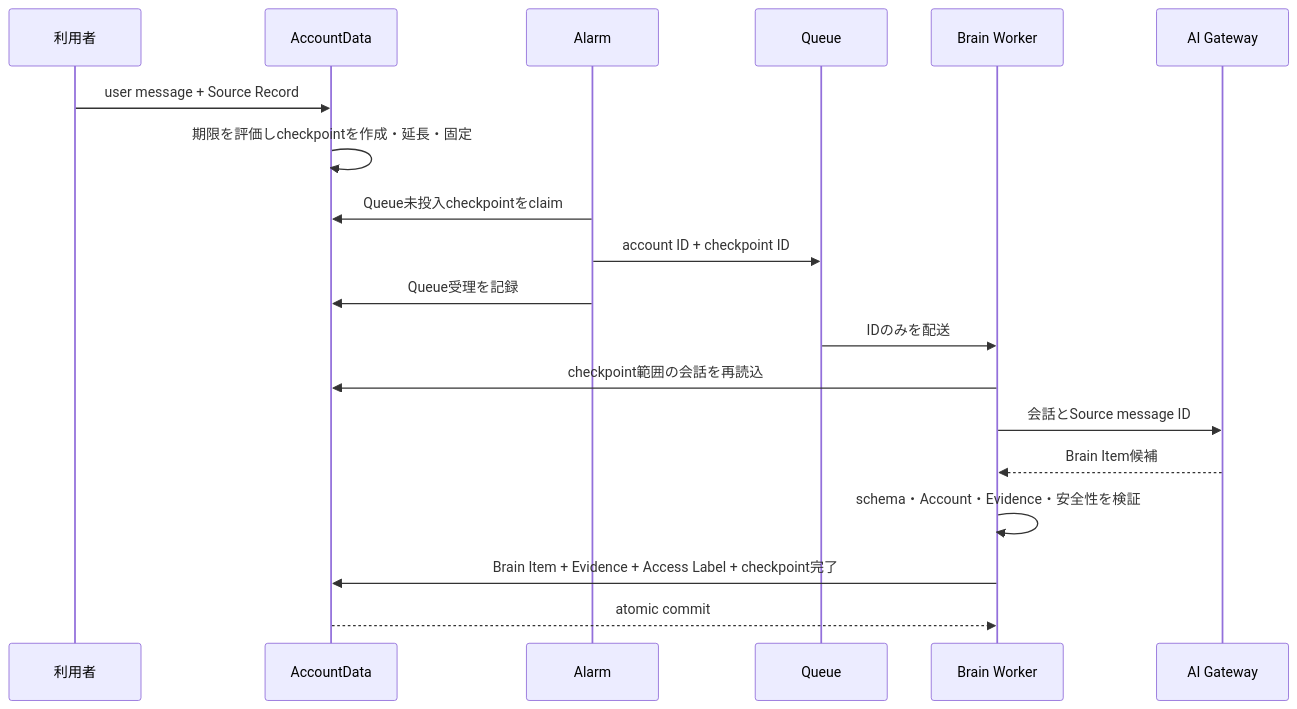
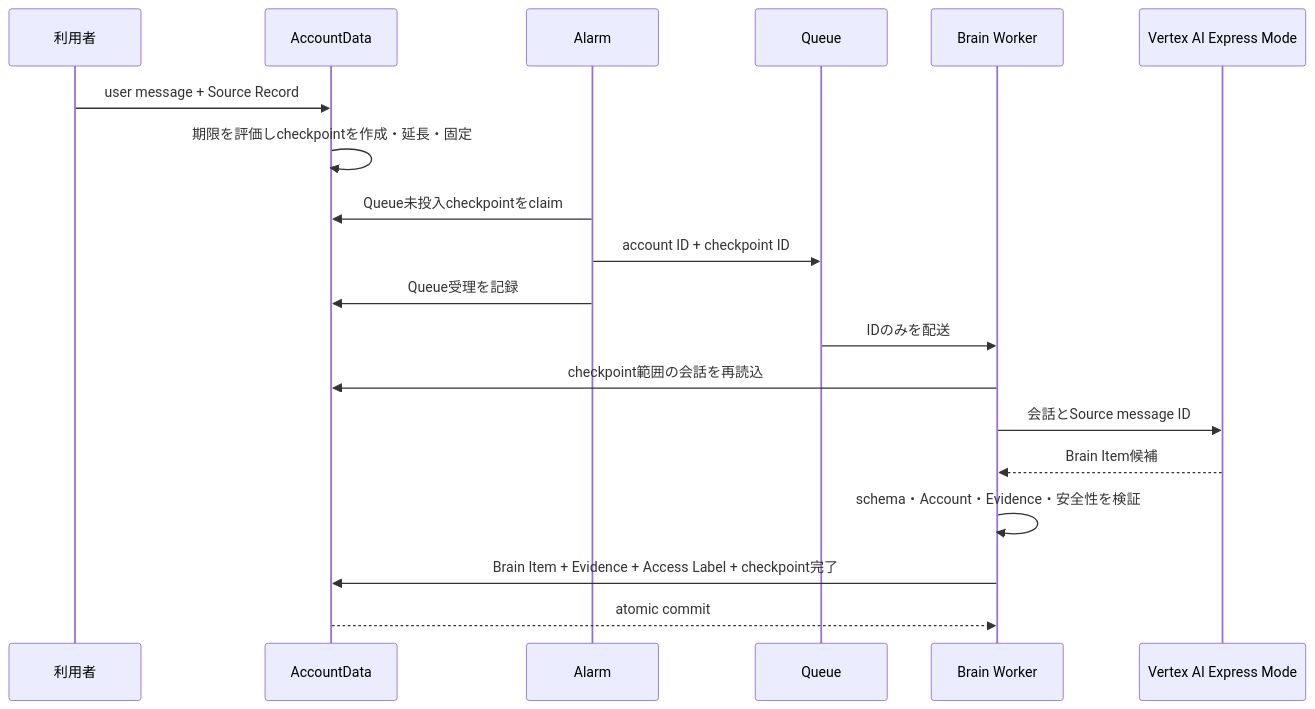
One commit to kkyosuke/me-builder changed the fourth of 4 diagrams in docs/domain/brain/brain-item-generation-design.md. Above: the diagram before and after it, drawn with Mermaid. The commit also changed 31 other files, not shown here.

````diff
--- a/docs/domain/brain/brain-item-generation-design.md
+++ b/docs/domain/brain/brain-item-generation-design.md
@@ -306,22 +306,22 @@
 ```mermaid
 sequenceDiagram
     participant U as 利用者
     participant AD as AccountData
     participant A as Alarm
     participant Q as Queue
     participant W as Brain Worker
-    participant AI as AI Gateway
+    participant AI as Vertex AI Express Mode
 
     U->>AD: user message + Source Record
     AD->>AD: 期限を評価しcheckpointを作成・延長・固定
     A->>AD: Queue未投入checkpointをclaim
     A->>Q: account ID + checkpoint ID
     A->>AD: Queue受理を記録
     Q->>W: IDのみを配送
     W->>AD: checkpoint範囲の会話を再読込
     W->>AI: 会話とSource message ID
     AI-->>W: Brain Item候補
     W->>W: schema・Account・Evidence・安全性を検証
     W->>AD: Brain Item + Evidence + Access Label + checkpoint完了
     AD-->>W: atomic commit
 ```
````
